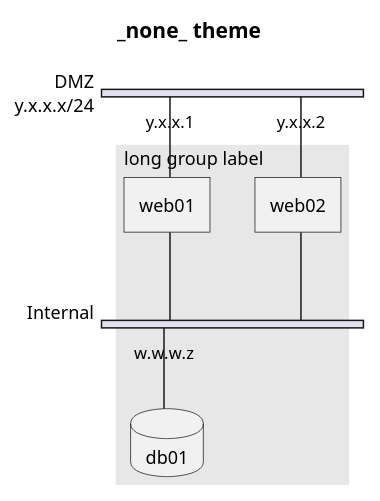
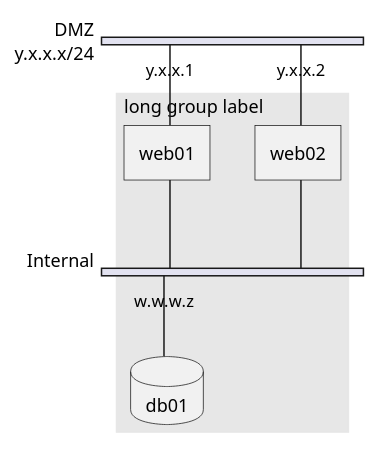
One commit to The-Lum/puml-themes-gallery changed the diagram in gallery/Nwdiag-_none_.puml. Above: the diagram before and after it, drawn with PlantUML. The commit also changed 1403 other files, not shown here.

```diff
--- a/gallery/Nwdiag-_none_.puml
+++ b/gallery/Nwdiag-_none_.puml
@@ -5,24 +5,23 @@
 @startuml
 !theme _none_
-title _none_ theme
 nwdiag {
   network DMZ {
       address = "y.x.x.x/24"
       web01 [address = "y.x.x.1"];
       web02 [address = "y.x.x.2"];
   }
 
    network Internal {
     web01;
     web02;
     db01 [address = "w.w.w.z", shape = database];
   } 
 
     group {
     description = "long group label";
     web01;
     web02;
     db01;
   }
 }
 @enduml
```
